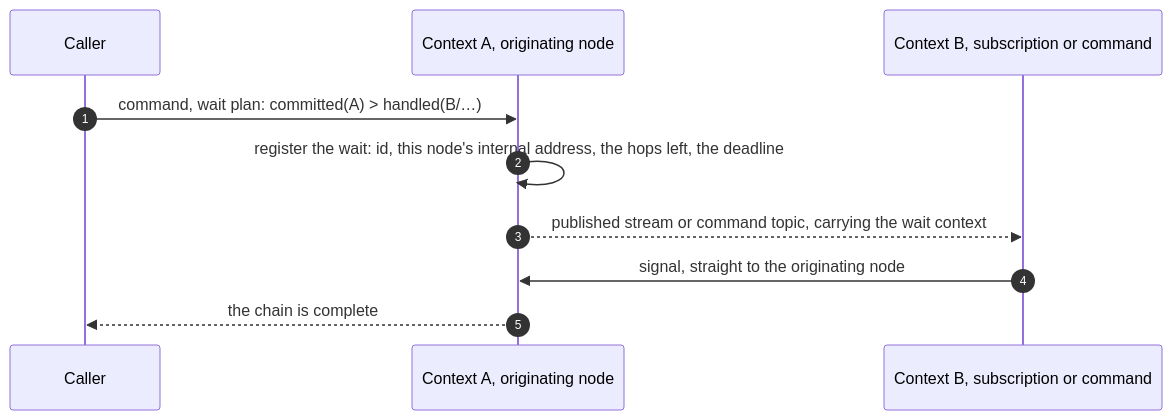
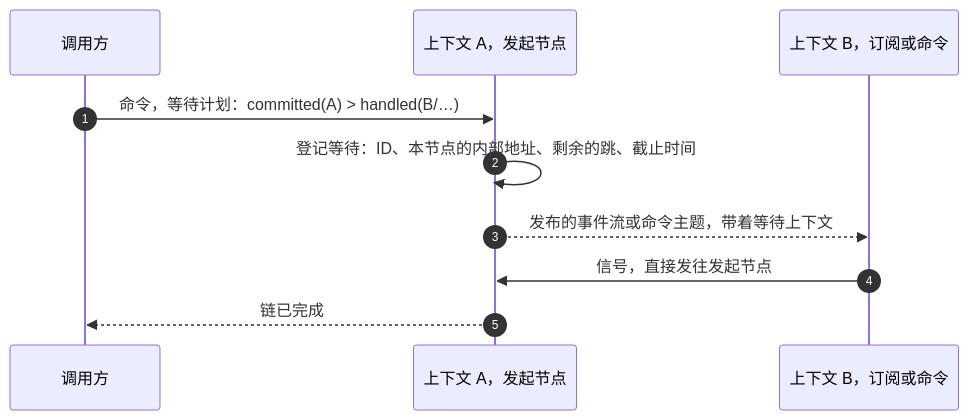
One commit to Ahoo-Wang/Wow changed the diagram in documentation/docs/zh/concepts/waits.md. Above: the diagram before and after it, drawn with Mermaid. The commit also changed 4 other files, not shown here.

Commit message:
docs(v10): the Chinese home page shows what you write and what you get; Chinese diagram labels in the concepts pages

````diff
--- a/documentation/docs/zh/concepts/waits.md
+++ b/documentation/docs/zh/concepts/waits.md
@@ -58,12 +58,12 @@
 ```mermaid
 sequenceDiagram
     autonumber
-    participant Caller
-    participant A as Context A, originating node
-    participant B as Context B, subscription or command
-    Caller->>A: command, wait plan: committed(A) > handled(B/…)
-    A->>A: register the wait: id, this node's internal address, the hops left, the deadline
-    A-->>B: published stream or command topic, carrying the wait context
-    B->>A: signal, straight to the originating node
-    A-->>Caller: the chain is complete
+    participant Caller as 调用方
+    participant A as 上下文 A，发起节点
+    participant B as 上下文 B，订阅或命令
+    Caller->>A: 命令，等待计划：committed(A) > handled(B/…)
+    A->>A: 登记等待：ID、本节点的内部地址、剩余的跳、截止时间
+    A-->>B: 发布的事件流或命令主题，带着等待上下文
+    B->>A: 信号，直接发往发起节点
+    A-->>Caller: 链已完成
 ```
````
